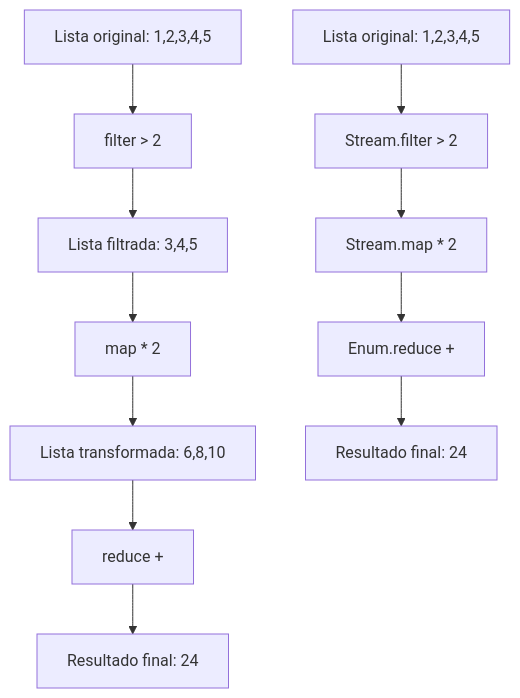
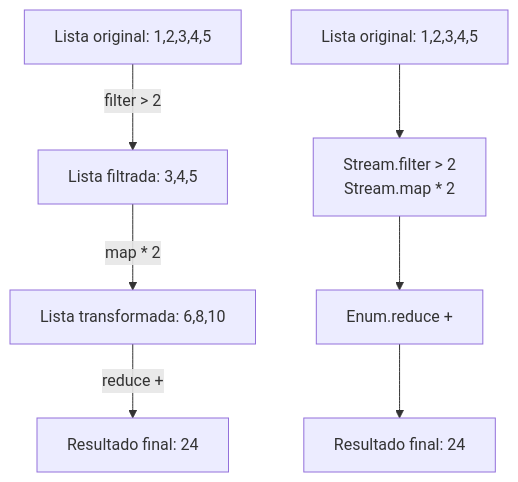
The diagram in docs/8.streams.md (caflorezvi/guias-programacion3), drawn with Mermaid before and after one commit. The commit also changed other lines of this file and 6 other files, not shown here.

````diff
--- a/docs/8.streams.md
+++ b/docs/8.streams.md
@@ -56,17 +56,13 @@
 ```mermaid
 flowchart TD
-    %% Enum pipeline
-    A1["Lista original: 1,2,3,4,5"] --> B1["filter > 2"]
-    B1 --> C1["Lista filtrada: 3,4,5"]
-    C1 --> D1["map * 2"]
-    D1 --> E1["Lista transformada: 6,8,10"]
-    E1 --> F1["reduce +"]
-    F1 --> G1["Resultado final: 24"]
-
-    %% Stream pipeline
-    A2["Lista original: 1,2,3,4,5"] --> B2["Stream.filter > 2"]
-    B2 --> C2["Stream.map * 2"]
-    C2 --> D2["Enum.reduce +"]
-    D2 --> E2["Resultado final: 24"]
+ %% Enum pipeline
+ A1["Lista original: 1,2,3,4,5"] -->|filter > 2| C1["Lista filtrada: 3,4,5"]
+ C1 -->|map * 2| E1["Lista transformada: 6,8,10"]
+ E1 -->|reduce +| G1["Resultado final: 24"]
+ 
+ %% Stream pipeline
+ A2["Lista original: 1,2,3,4,5"] --> B2["Stream.filter > 2<br/>Stream.map * 2"]
+ B2 --> D2["Enum.reduce +"]
+ D2 --> E2["Resultado final: 24"]
 
 ```
````
